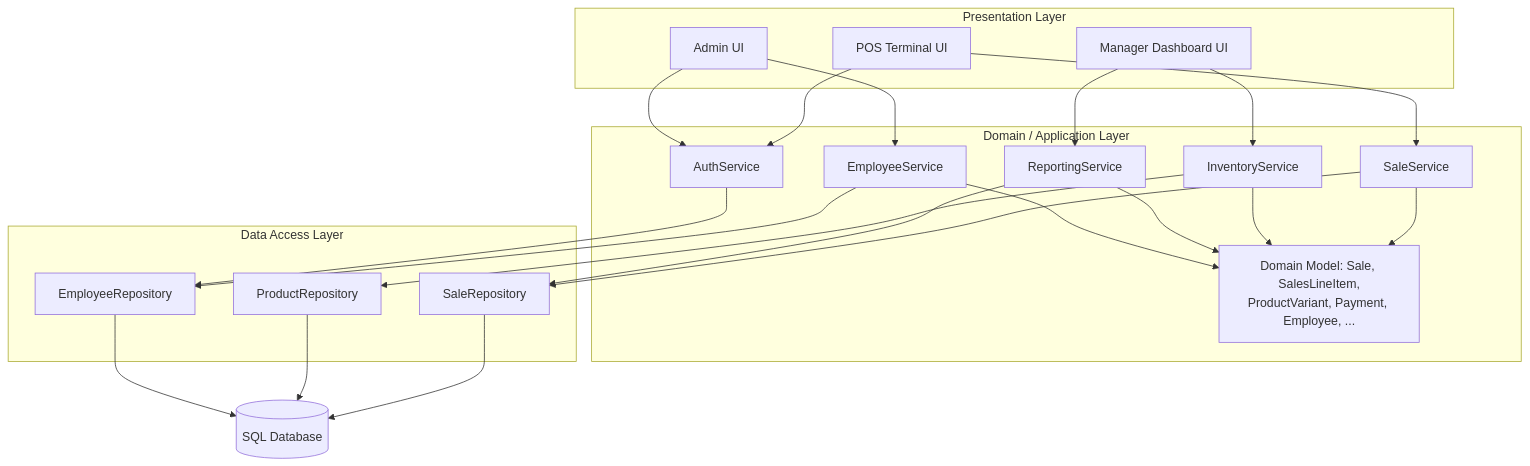
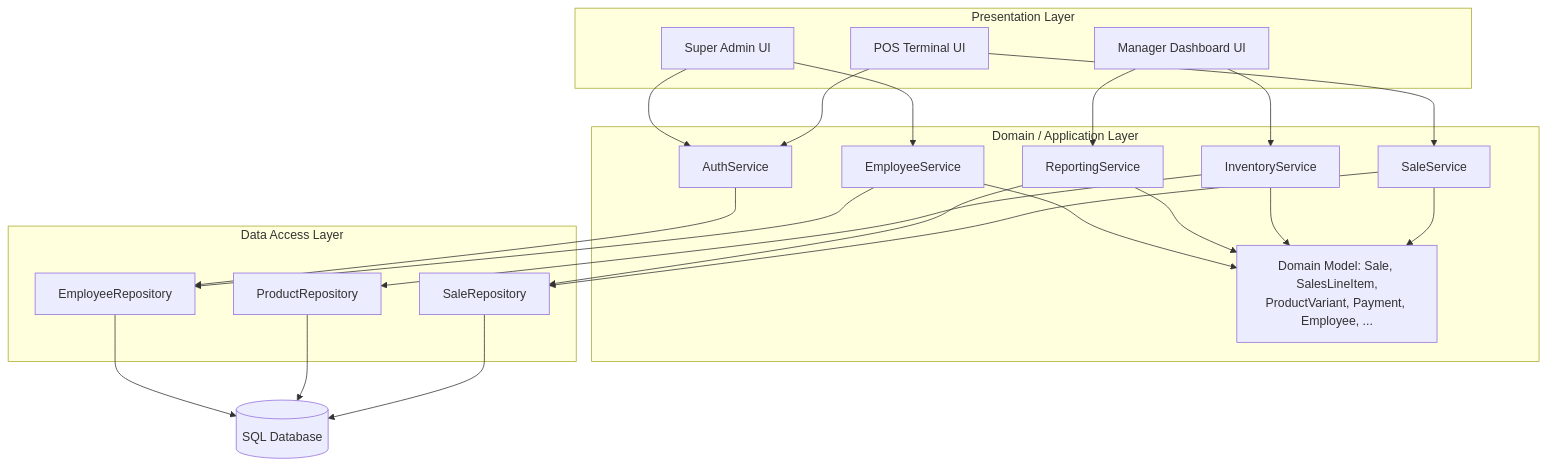
The diagram in docs/architecture.md (bwalya-star/POS-Retail-Clothing-Store), drawn with Mermaid before and after one commit. The commit also changed other lines of this file and 23 other files, not shown here.

First line of the commit message:
Add Super Admin role with access to all roles

````diff
--- a/docs/architecture.md
+++ b/docs/architecture.md
@@ -9,47 +9,47 @@
 ```mermaid
 flowchart TB
     subgraph Presentation["Presentation Layer"]
         UI1[POS Terminal UI]
         UI2[Manager Dashboard UI]
-        UI3[Admin UI]
+        UI3[Super Admin UI]
     end
 
     subgraph Domain["Domain / Application Layer"]
         SaleSvc[SaleService]
         InvSvc[InventoryService]
         RptSvc[ReportingService]
         AuthSvc[AuthService]
         EmpSvc[EmployeeService]
         DM[Domain Model: Sale, SalesLineItem,\nProductVariant, Payment, Employee, ...]
     end
 
     subgraph DataAccess["Data Access Layer"]
         SaleRepo[SaleRepository]
         ProductRepo[ProductRepository]
         EmpRepo[EmployeeRepository]
     end
 
     DB[(SQL Database)]
 
     UI1 --> SaleSvc
     UI1 --> AuthSvc
     UI2 --> InvSvc
     UI2 --> RptSvc
     UI3 --> EmpSvc
     UI3 --> AuthSvc
 
     SaleSvc --> DM
     InvSvc --> DM
     RptSvc --> DM
     EmpSvc --> DM
 
     SaleSvc --> SaleRepo
     InvSvc --> ProductRepo
     RptSvc --> SaleRepo
     EmpSvc --> EmpRepo
     AuthSvc --> EmpRepo
 
     SaleRepo --> DB
     ProductRepo --> DB
     EmpRepo --> DB
 ```
````
